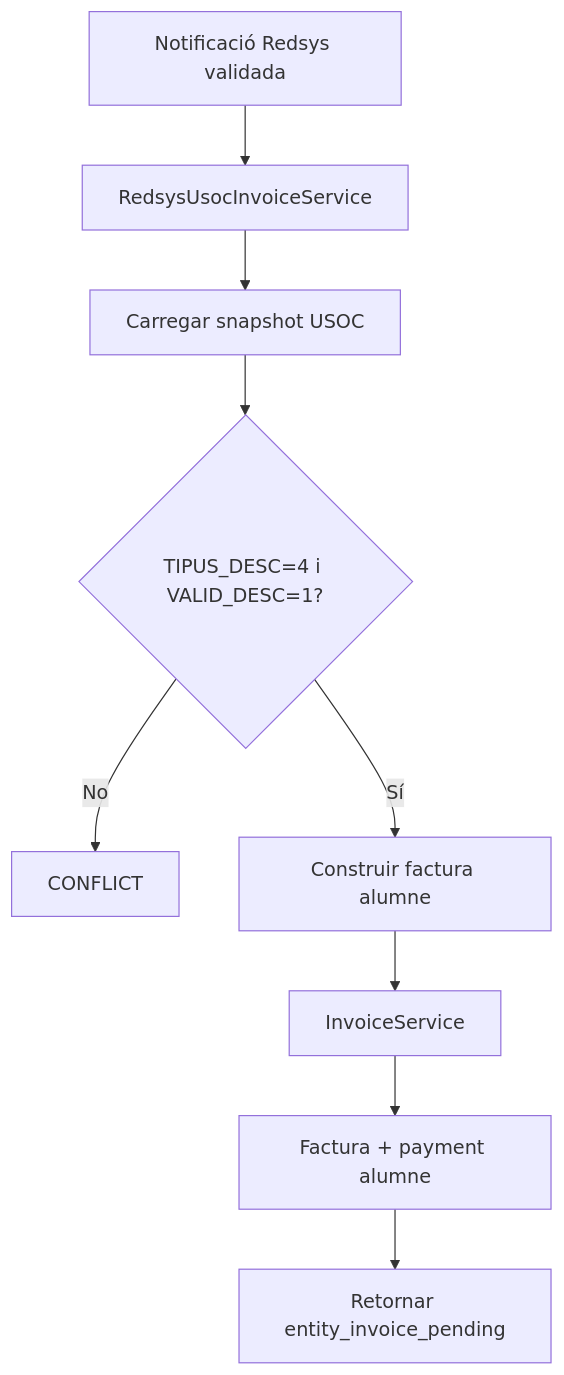
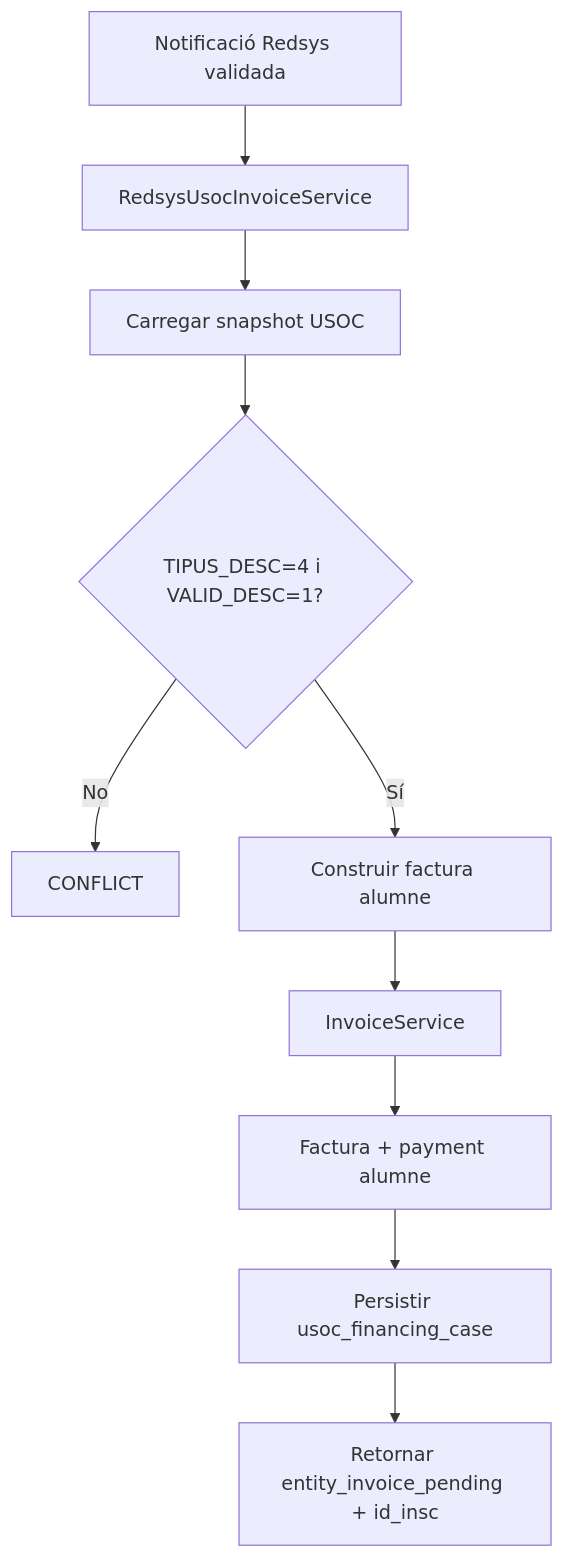
Before and after one commit to orgmeriemprismacat-del/verifactu: diagram 17 of 23 in documentacio/07-uml-integrat/uc-013-activitats-pagines-actual-final.md, drawn with Mermaid. The commit also changed other lines of this file, not shown here.

````diff
--- a/documentacio/07-uml-integrat/uc-013-activitats-pagines-actual-final.md
+++ b/documentacio/07-uml-integrat/uc-013-activitats-pagines-actual-final.md
@@ -210,11 +210,12 @@
 ```mermaid
 flowchart TD
     A[Notificació Redsys validada] --> B[RedsysUsocInvoiceService]
     B --> C[Carregar snapshot USOC]
     C --> D{TIPUS_DESC=4 i VALID_DESC=1?}
     D -- No --> E[CONFLICT]
     D -- Sí --> F[Construir factura alumne]
     F --> G[InvoiceService]
     G --> H[Factura + payment alumne]
-    H --> I[Retornar entity_invoice_pending]
+    H --> I[Persistir usoc_financing_case]
+    I --> J[Retornar entity_invoice_pending + id_insc]
 ```
````
